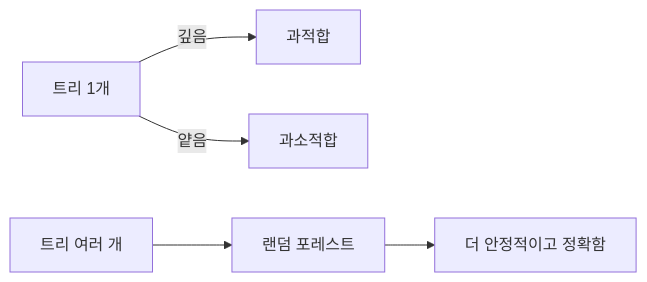
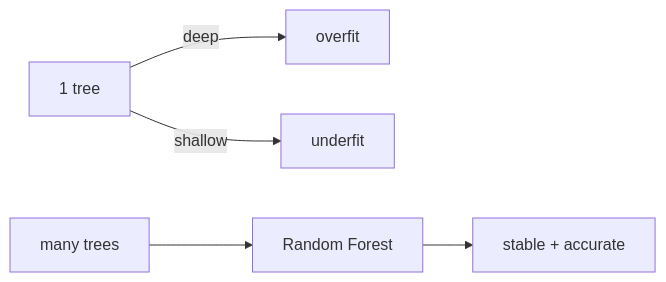
Before and after one commit to yeongseon-books/book-content: the diagram in content/machine-learning-101/ko/06-decision-tree-and-random-forest.md, drawn with Mermaid. The commit also changed other lines of this file and 9 other files, not shown here.

````diff
--- a/content/machine-learning-101/ko/06-decision-tree-and-random-forest.md
+++ b/content/machine-learning-101/ko/06-decision-tree-and-random-forest.md
@@ -47,7 +45,7 @@
 ```mermaid
 flowchart LR
-    Tree["트리 1개"] -->|깊음| Over["과적합"]
-    Tree -->|얕음| Under["과소적합"]
-    Many["트리 여러 개"] --> Forest["랜덤 포레스트"]
-    Forest --> Stable["더 안정적이고 정확함"]
+    Tree["1 tree"] -->|deep| Over["overfit"]
+    Tree -->|shallow| Under["underfit"]
+    Many["many trees"] --> Forest["Random Forest"]
+    Forest --> Stable["stable + accurate"]
 ```
````
